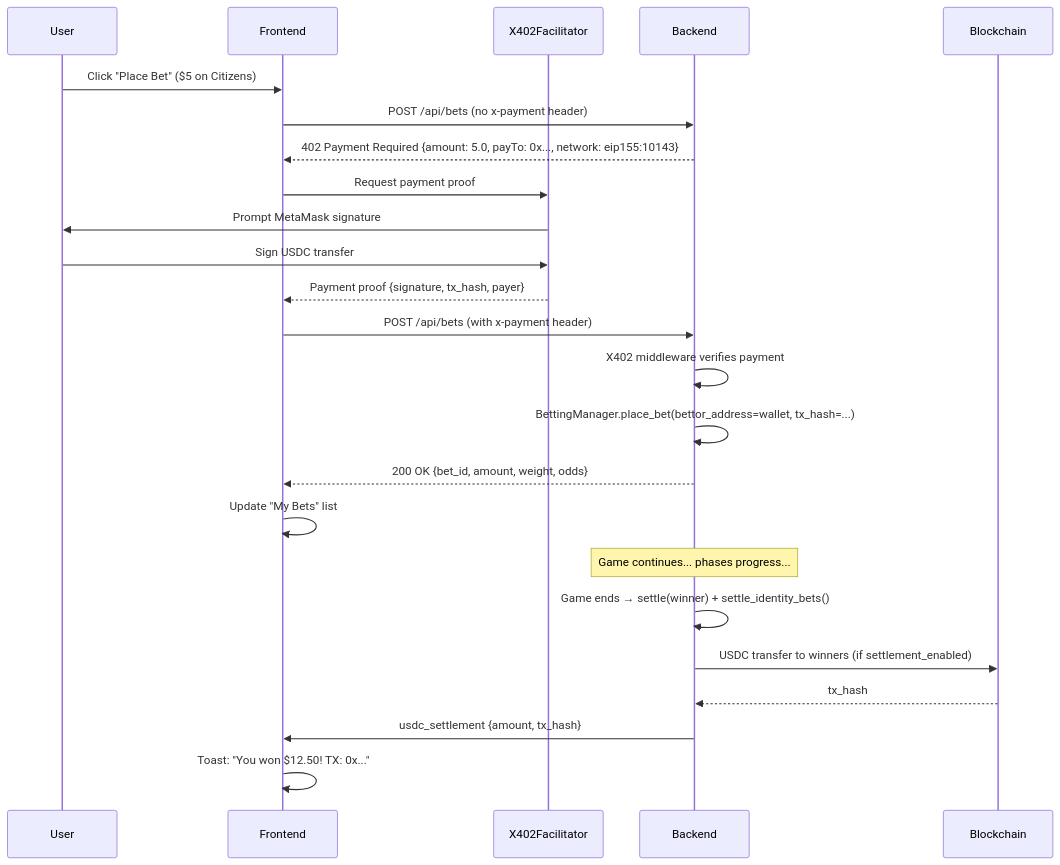
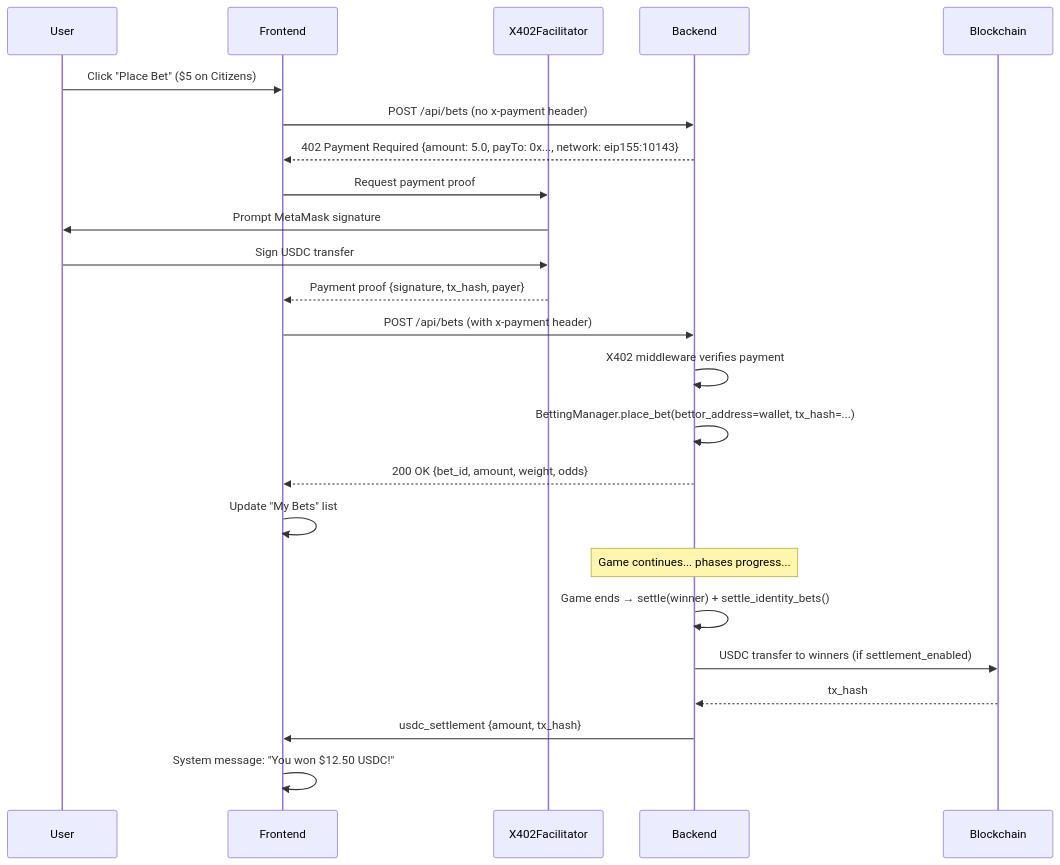
One commit to 0xarkstar/mafi-AI changed the fourth of 6 diagrams in docs/USERFLOW.md. Above: the diagram before and after it, drawn with Mermaid. The commit also changed other lines of this file and 3 other files, not shown here.

````diff
--- a/docs/USERFLOW.md
+++ b/docs/USERFLOW.md
@@ -375,32 +419,32 @@
 ```mermaid
 sequenceDiagram
     participant User
     participant Frontend
     participant X402Facilitator
     participant Backend
     participant Blockchain
 
     User->>Frontend: Click "Place Bet" ($5 on Citizens)
     Frontend->>Backend: POST /api/bets (no x-payment header)
     Backend-->>Frontend: 402 Payment Required {amount: 5.0, payTo: 0x..., network: eip155:10143}
 
     Frontend->>X402Facilitator: Request payment proof
     X402Facilitator->>User: Prompt MetaMask signature
     User->>X402Facilitator: Sign USDC transfer
     X402Facilitator-->>Frontend: Payment proof {signature, tx_hash, payer}
 
     Frontend->>Backend: POST /api/bets (with x-payment header)
     Backend->>Backend: X402 middleware verifies payment
     Backend->>Backend: BettingManager.place_bet(bettor_address=wallet, tx_hash=...)
     Backend-->>Frontend: 200 OK {bet_id, amount, weight, odds}
 
     Frontend->>Frontend: Update "My Bets" list
 
     Note over Backend: Game continues... phases progress...
 
     Backend->>Backend: Game ends → settle(winner) + settle_identity_bets()
     Backend->>Blockchain: USDC transfer to winners (if settlement_enabled)
     Blockchain-->>Backend: tx_hash
     Backend->>Frontend: usdc_settlement {amount, tx_hash}
-    Frontend->>Frontend: Toast: "You won $12.50! TX: 0x..."
+    Frontend->>Frontend: System message: "You won $12.50 USDC!"
 ```
````
